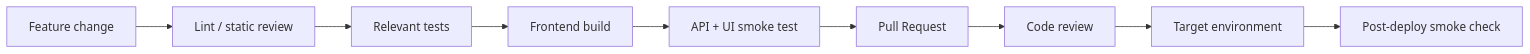
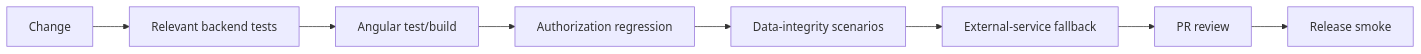
The sixth of 7 diagrams in docs/development-pipeline.md (HidayahMF/PadelLifeHub), drawn with Mermaid before and after one commit. The commit also changed other lines of this file, not shown here.

````diff
--- a/docs/development-pipeline.md
+++ b/docs/development-pipeline.md
@@ -118,11 +141,10 @@
 ```mermaid
 flowchart LR
-    DEV[Feature change] --> L[Lint / static review]
-    L --> TEST[Relevant tests]
-    TEST --> BUILD[Frontend build]
-    BUILD --> SMOKE[API + UI smoke test]
-    SMOKE --> PR[Pull Request]
-    PR --> REVIEW[Code review]
-    REVIEW --> DEPLOY[Target environment]
-    DEPLOY --> CHECK[Post-deploy smoke check]
+    CHANGE[Change] --> TEST[Relevant backend tests]
+    TEST --> FRONT[Angular test/build]
+    FRONT --> AUTH[Authorization regression]
+    AUTH --> DATA[Data-integrity scenarios]
+    DATA --> EXT[External-service fallback]
+    EXT --> REVIEW[PR review]
+    REVIEW --> RELEASE[Release smoke]
 ```
````
